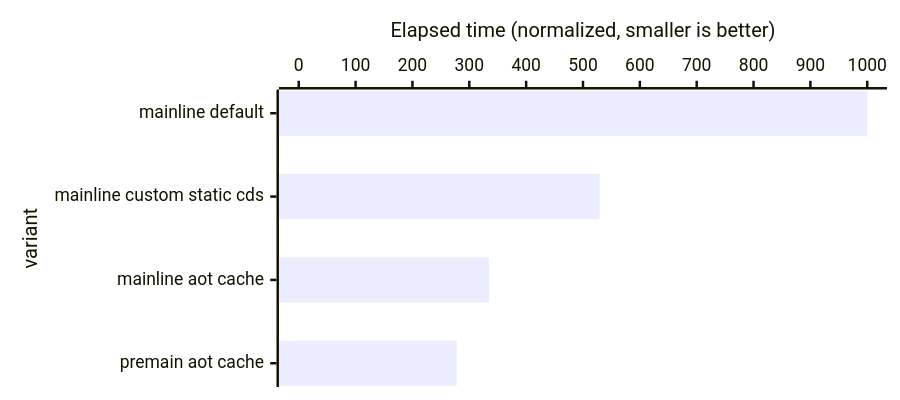
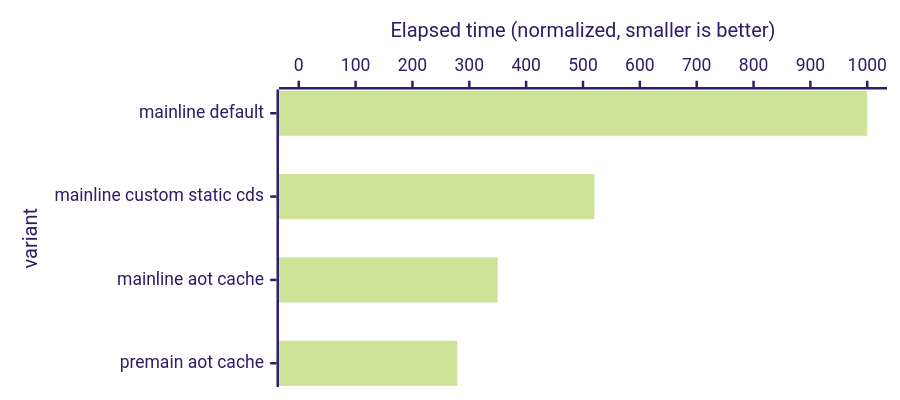
The first of 6 diagrams in README.md (openjdk/leyden), drawn with Mermaid before and after one commit. The commit also changed other lines of this file and 4 other files, not shown here.

````diff
--- a/README.md
+++ b/README.md
@@ -395,12 +395,13 @@
 ```mermaid
 ---
 config:
+    theme: "forest"
     xyChart:
         chartOrientation: horizontal
         height: 300
 ---
 xychart-beta
     x-axis "variant" ["mainline default", "mainline custom static cds", "mainline aot cache", "premain aot cache"]
     y-axis "Elapsed time (normalized, smaller is better)" 0 --> 1000
-    bar [1000, 529, 335, 278]
+    bar [1000, 520, 350, 279]
 ```
````
